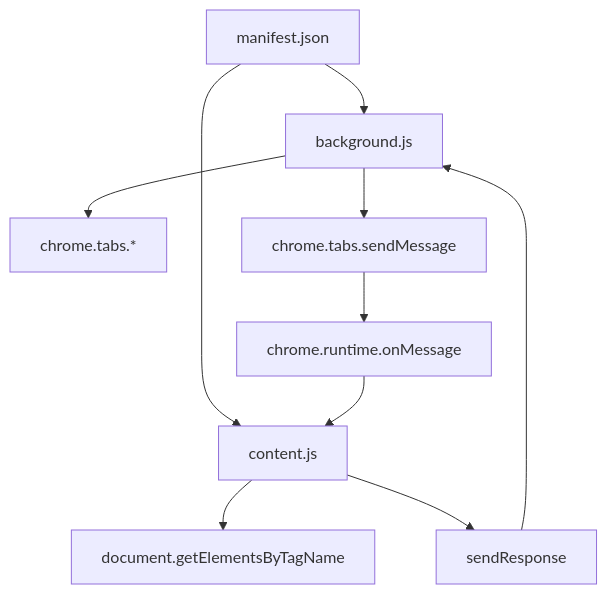
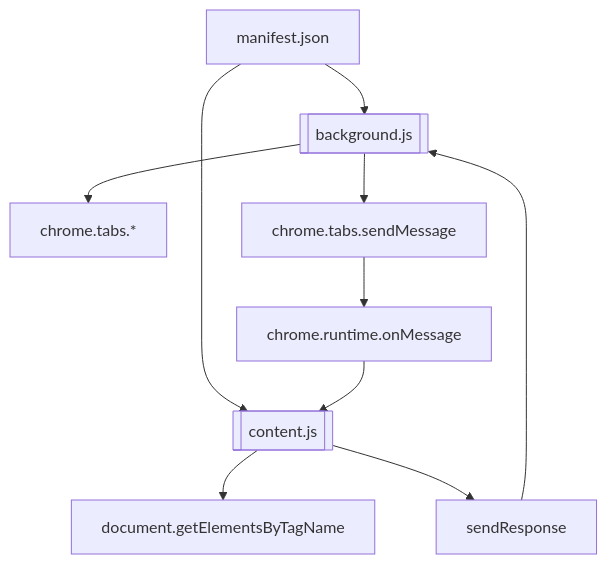
Before and after one commit to sarnobat/chrome_extension: the diagram in README.md, drawn with Mermaid.

````diff
--- a/README.md
+++ b/README.md
@@ -4,12 +4,12 @@
 ```mermaid
 flowchart TD
-    manifest.json --> background.js --> chrome.tabs.*
+    manifest.json --> background.js[[background.js]] --> chrome.tabs.*
     manifest.json --> content.js --> document.getElementsByTagName
     background.js --> chrome.tabs.sendMessage
     
     chrome.tabs.sendMessage --> chrome.runtime.onMessage
     
     chrome.runtime.onMessage --> content.js
-    content.js --> sendResponse
+    content.js[[content.js]] --> sendResponse
     sendResponse --> background.js
 ```
````
